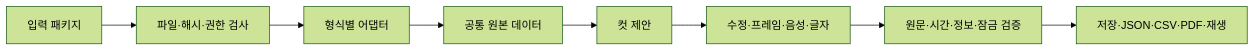
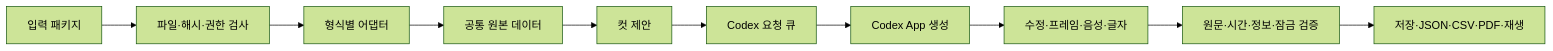
Before and after one commit to zzocojoa/storyboard-generator: the diagram in docs/02-design/features/storyboard-generator.design.md, drawn with Mermaid (forest theme). The commit also changed other lines of this file and 31 other files, not shown here.

Commit message:
feat: run storyboard generation through Codex App

````diff
--- a/docs/02-design/features/storyboard-generator.design.md
+++ b/docs/02-design/features/storyboard-generator.design.md
@@ -15,10 +15,12 @@
 ```mermaid
 flowchart LR
     A[입력 패키지] --> B[파일·해시·권한 검사]
     B --> C[형식별 어댑터]
     C --> D[공통 원본 데이터]
     D --> E[컷 제안]
-    E --> F[수정·프레임·음성·글자]
+    E --> Q[Codex 요청 큐]
+    Q --> X[Codex App 생성]
+    X --> F[수정·프레임·음성·글자]
     F --> G[원문·시간·정보·잠금 검증]
     G --> H[저장·JSON·CSV·PDF·재생]
 ```
````
